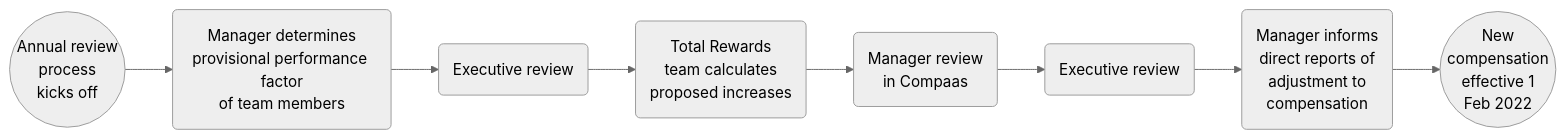
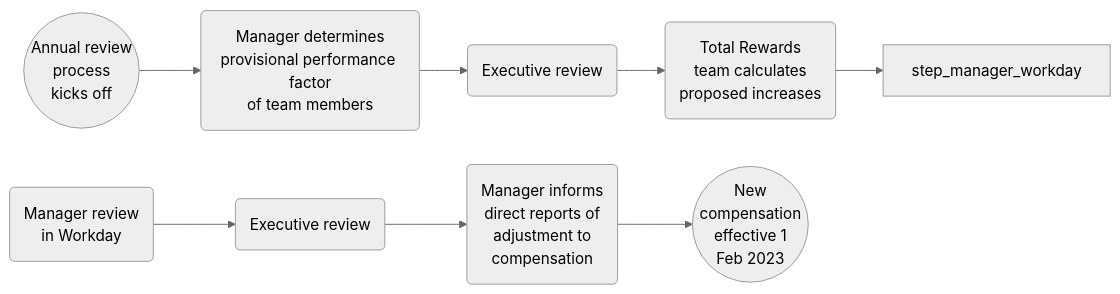
One commit to secretstartups/handbook changed the diagram in total-rewards/compensation/compensation-review-cycle/index.html.md. Above: the diagram before and after it, drawn with Mermaid (neutral theme). The commit also changed other lines of this file, not shown here.

Commit message:
Update ACR timeline and references to BHR/Compaas

````diff
--- a/total-rewards/compensation/compensation-review-cycle/index.html.md
+++ b/total-rewards/compensation/compensation-review-cycle/index.html.md
@@ -31,19 +28,19 @@
 ```mermaid
 graph LR
     start((Annual review<br/>process<br/>kicks off))
     step_manager_review(Manager determines<br/>provisional performance factor<br/>of team members)
     step_exec_review_1(Executive review)
     step_tr_calculate(Total Rewards<br/>team calculates<br/>proposed increases)
-    step_manager_compaas(Manager review<br/>in Compaas)
+    step_manager_compaas(Manager review<br/>in Workday)
     step_exec_review_2(Executive review)
     step_manager_final(Manager informs<br/>direct reports of<br/>adjustment to<br/> compensation)
-    stop((New<br/>compensation<br/>effective 1<br/>Feb 2022))
+    stop((New<br/>compensation<br/>effective 1<br/>Feb 2023))
 
     start-->step_manager_review
     step_manager_review-->step_exec_review_1
     step_exec_review_1-->step_tr_calculate
-    step_tr_calculate-->step_manager_compaas
+    step_tr_calculate-->step_manager_workday
     step_manager_compaas-->step_exec_review_2
     step_exec_review_2-->step_manager_final
     step_manager_final-->stop
 ```
````
